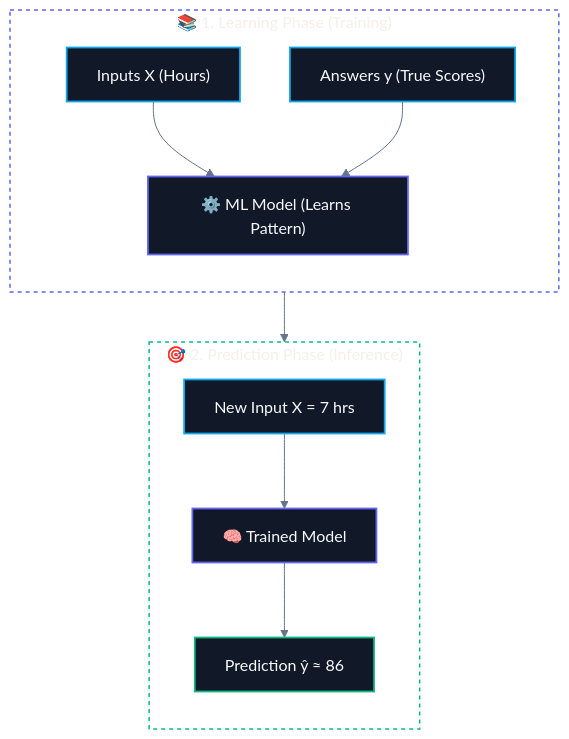
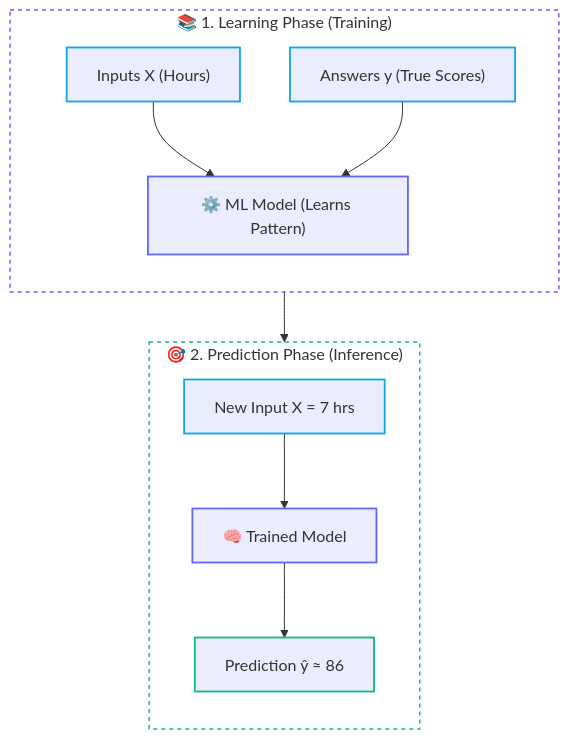
Before and after one commit to abhinavbharti2345/CS_Notes: the first of 3 diagrams in CS/AI & ML/01. Classical ML/01. Introduction to Machine Learning.md, drawn with Mermaid. The commit also changed other lines of this file and 91 other files, not shown here.

````diff
--- a/CS/AI & ML/01. Classical ML/01. Introduction to Machine Learning.md
+++ b/CS/AI & ML/01. Classical ML/01. Introduction to Machine Learning.md
@@ -50,28 +50,27 @@
 ```mermaid
-%%{init: {'theme': 'base', 'themeVariables': { 'darkMode': true, 'background': '#0B0F14', 'mainBkg': '#111827', 'primaryColor': '#111827', 'primaryTextColor': '#F8FAFC', 'primaryBorderColor': '#38BDF8', 'lineColor': '#64748B', 'secondaryColor': '#0B0F14', 'tertiaryColor': '#0B0F14', 'clusterBkg': '#0B0F14', 'clusterBorder': '#38BDF8' }}}%%
 flowchart TD
     subgraph LearningPhase["📚 1. Learning Phase (Training)"]
         direction TD
         X["Inputs X (Hours)"] --> Model["⚙️ ML Model (Learns Pattern)"]
         Y["Answers y (True Scores)"] --> Model
     end
 
     subgraph PredictionPhase["🎯 2. Prediction Phase (Inference)"]
         direction TD
         XNew["New Input X = 7 hrs"] --> ModelTrained["🧠 Trained Model"]
         ModelTrained --> YHat["Prediction ŷ ≈ 86"]
     end
 
     LearningPhase --> PredictionPhase
 
     style LearningPhase fill:none,stroke:#6366f1,stroke-width:1.5px,stroke-dasharray:4 4
     style PredictionPhase fill:none,stroke:#10b981,stroke-width:1.5px,stroke-dasharray:4 4
 
-    classDef inNode fill:#111827,stroke:#0ea5e9,stroke-width:1.8px,color:#F8FAFC;
-    classDef modelNode fill:#111827,stroke:#6366f1,stroke-width:1.8px,color:#F8FAFC;
-    classDef outNode fill:#111827,stroke:#10b981,stroke-width:1.8px,color:#F8FAFC;
+    classDef inNode stroke:#0ea5e9,stroke-width:1.8px;
+    classDef modelNode stroke:#6366f1,stroke-width:1.8px;
+    classDef outNode stroke:#10b981,stroke-width:1.8px;
 
     class X,Y,XNew inNode;
     class Model,ModelTrained modelNode;
     class YHat outNode;
 ```
````
